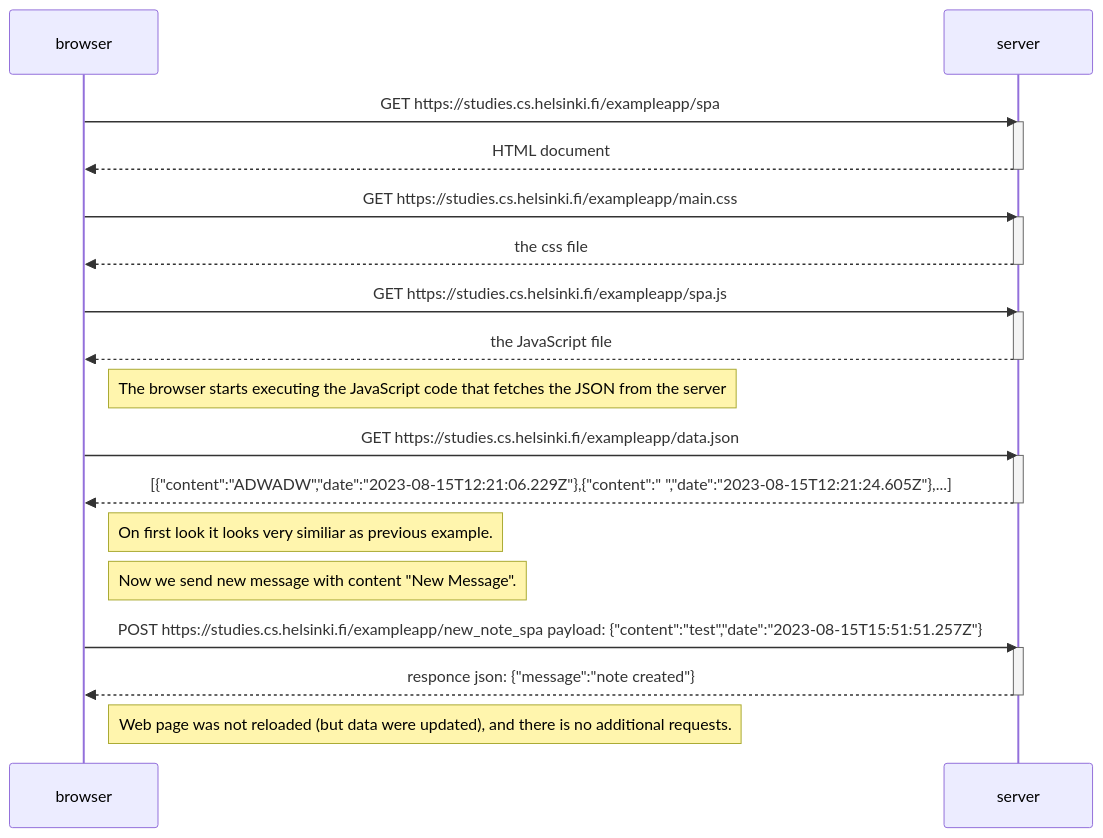
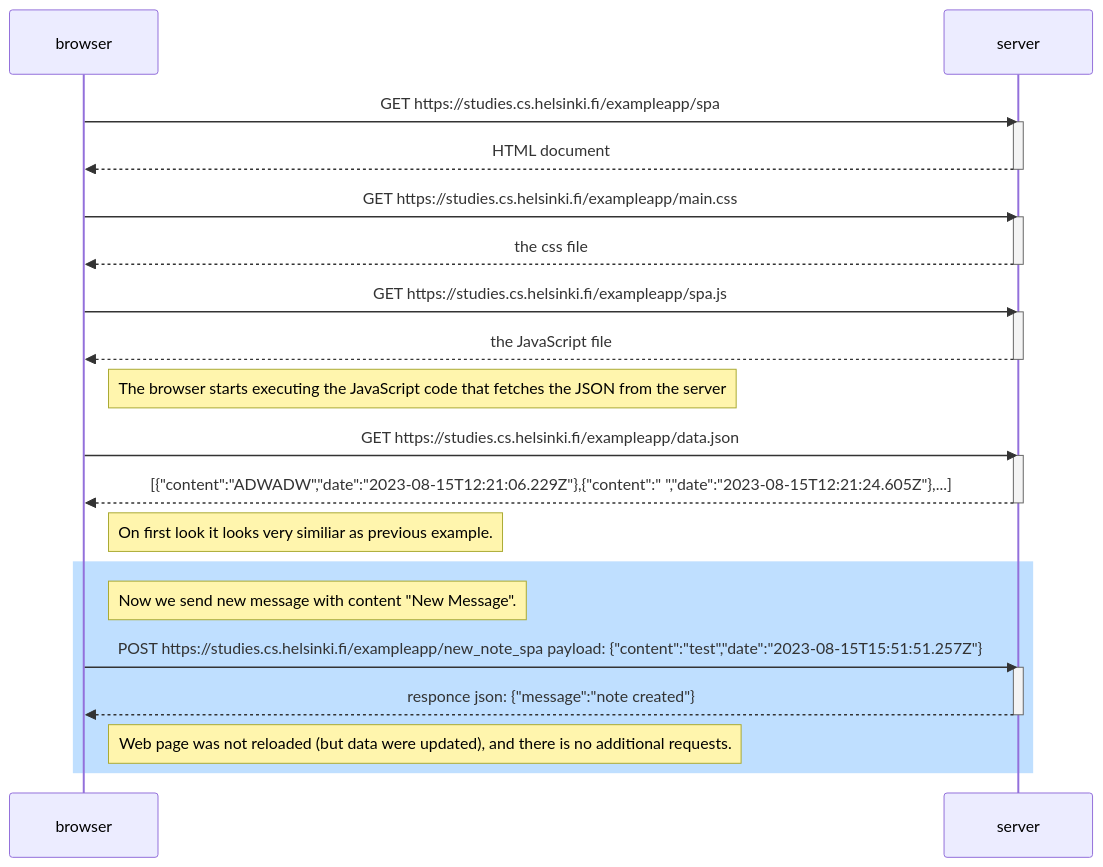
Before and after one commit to burlito/hy-fullstack-submission-repository: the diagram in part0/6_spa_new_message.mmd, drawn with Mermaid. The commit also changed 1 other file, not shown here.

```diff
--- a/part0/6_spa_new_message.mmd
+++ b/part0/6_spa_new_message.mmd
@@ -1,35 +1,38 @@
 sequenceDiagram
     participant browser
     participant server
 
     browser->>server: GET https://studies.cs.helsinki.fi/exampleapp/spa
     activate server
     server-->>browser: HTML document
     deactivate server
 
     browser->>server: GET https://studies.cs.helsinki.fi/exampleapp/main.css
     activate server
     server-->>browser: the css file
     deactivate server
 
     browser->>server: GET https://studies.cs.helsinki.fi/exampleapp/spa.js
     activate server
     server-->>browser: the JavaScript file
     deactivate server
 
     Note right of browser: The browser starts executing the JavaScript code that fetches the JSON from the server
 
     browser->>server: GET https://studies.cs.helsinki.fi/exampleapp/data.json
     activate server
     server-->>browser: [{"content":"ADWADW","date":"2023-08-15T12:21:06.229Z"},{"content":" ","date":"2023-08-15T12:21:24.605Z"},...]
     deactivate server
 
     Note right of browser: On first look it looks very similiar as previous example.
+
+    rect rgb(191, 223, 255)
     Note right of browser: Now we send new message with content "New Message".
 
     browser->>server: POST https://studies.cs.helsinki.fi/exampleapp/new_note_spa payload: {"content":"test","date":"2023-08-15T15:51:51.257Z"};
     activate server
     server-->>browser: responce json: {"message":"note created"}
     deactivate server
 
     Note right of browser: Web page was not reloaded (but data were updated), and there is no additional requests.
+    end
```
